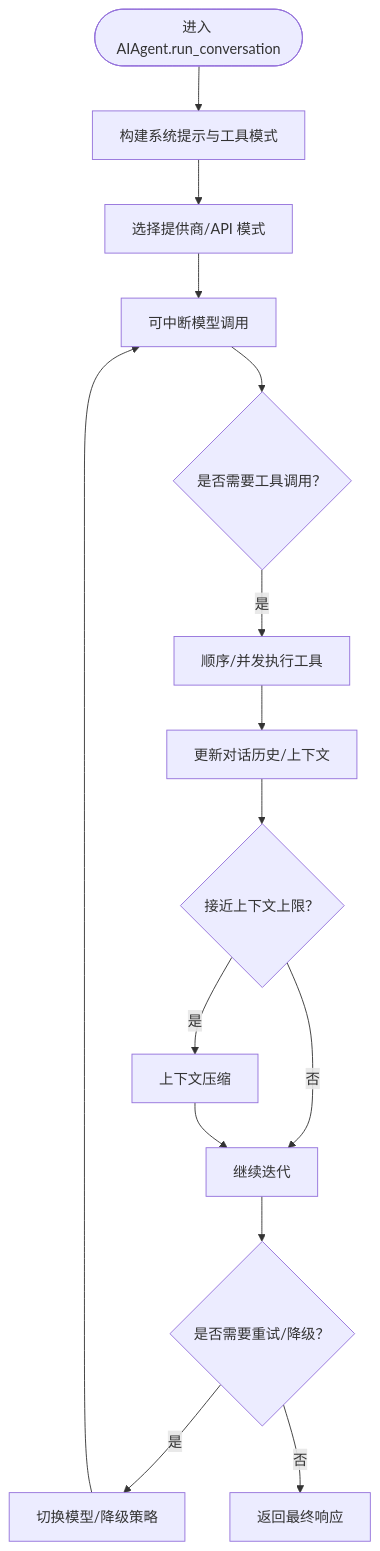
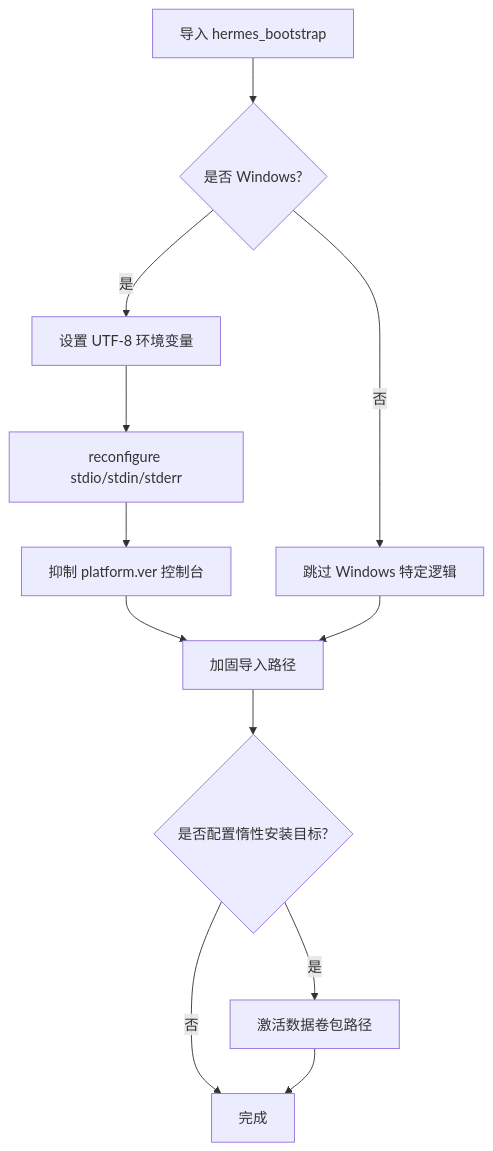
The sixth of 7 diagrams in .qoder/repowiki/zh/content/项目概述/项目概述.md (haolange/hermes-agent), drawn with Mermaid before and after one commit. The commit also changed other lines of this file and 1206 other files, not shown here.

````diff
--- a/.qoder/repowiki/zh/content/项目概述/项目概述.md
+++ b/.qoder/repowiki/zh/content/项目概述/项目概述.md
@@ -203,17 +211,14 @@
 ```mermaid
 flowchart TD
-Enter(["进入 AIAgent.run_conversation"]) --> BuildPrompt["构建系统提示与工具模式"]
-BuildPrompt --> SelectAPI["选择提供商/API 模式"]
-SelectAPI --> CallLLM["可中断模型调用"]
-CallLLM --> ToolCall{"是否需要工具调用？"}
-ToolCall --> |是| ExecTools["顺序/并发执行工具"]
-ExecTools --> UpdateCtx["更新对话历史/上下文"]
-UpdateCtx --> Compress{"接近上下文上限？"}
-Compress --> |是| DoCompress["上下文压缩"]
-Compress --> |否| NextIter["继续迭代"]
-DoCompress --> NextIter
-NextIter --> Retry{"是否需要重试/降级？"}
-Retry --> |是| Fallback["切换模型/降级策略"]
-Retry --> |否| Done["返回最终响应"]
-Fallback --> CallLLM
+Boot["导入 hermes_bootstrap"] --> WinCheck{"是否 Windows?"}
+WinCheck --> |是| SetEnv["设置 UTF-8 环境变量"]
+SetEnv --> Reconfig["reconfigure stdio/stdin/stderr"]
+Reconfig --> SuppressVer["抑制 platform.ver 控制台"]
+WinCheck --> |否| Skip["跳过 Windows 特定逻辑"]
+SuppressVer --> Harden["加固导入路径"]
+Skip --> Harden
+Harden --> LazyInstall{"是否配置惰性安装目标?"}
+LazyInstall --> |是| Activate["激活数据卷包路径"]
+LazyInstall --> |否| Done["完成"]
+Activate --> Done
 ```
````
